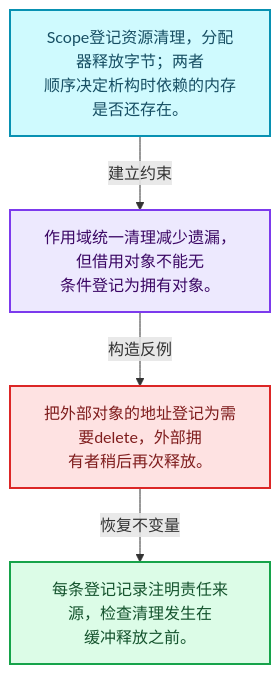
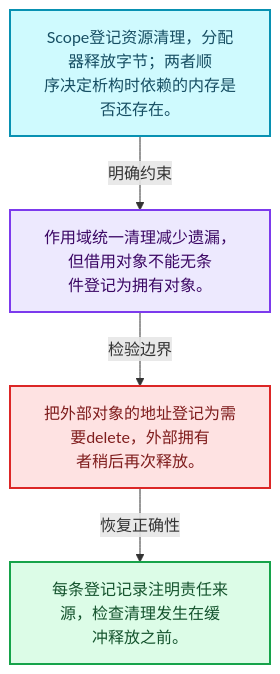
Before and after one commit to yunkezengren/blender-.vscode: the first of 4 diagrams in 杂/markdown/全面学习-codex/03-内存分配与运行时类型/05-ResourceScope销毁责任.md, drawn with Mermaid. The commit also changed other lines of this file and 1930 other files, not shown here.

````diff
--- a/杂/markdown/全面学习-codex/03-内存分配与运行时类型/05-ResourceScope销毁责任.md
+++ b/杂/markdown/全面学习-codex/03-内存分配与运行时类型/05-ResourceScope销毁责任.md
@@ -29,16 +29,16 @@
 ```mermaid
 flowchart TB
-  M["Scope登记资源清理，分配器释放字节；两者<br/>顺序决定析构时依赖的内存是否还存在。"]:::data
-  T["作用域统一清理减少遗漏，但借用对象不能无<br/>条件登记为拥有对象。"]:::abstraction
-  X["把外部对象的地址登记为需要delete，外部拥<br/>有者稍后再次释放。"]:::error
-  A["每条登记记录注明责任来源，检查清理发生在<br/>缓冲释放之前。"]:::result
-  M -->|"建立约束"| T
-  T -->|"构造反例"| X
-  X -->|"恢复不变量"| A
+  M["Scope登记资源清理，分配器释放字节；两者顺<br/>序决定析构时依赖的内存是否还存在。"]:::data
+  C["作用域统一清理减少遗漏，但借用对象不能无条<br/>件登记为拥有对象。"]:::abstraction
+  B["把外部对象的地址登记为需要delete，外部拥有<br/>者稍后再次释放。"]:::error
+  R["每条登记记录注明责任来源，检查清理发生在缓<br/>冲释放之前。"]:::result
+  M -->|"明确约束"| C
+  C -->|"检验边界"| B
+  B -->|"恢复正确性"| R
   classDef input fill:#DBEAFE,stroke:#2563EB,color:#172554,stroke-width:2px;
   classDef data fill:#CFFAFE,stroke:#0891B2,color:#164E63,stroke-width:2px;
   classDef abstraction fill:#EDE9FE,stroke:#7C3AED,color:#3B0764,stroke-width:2px;
   classDef compute fill:#FEF3C7,stroke:#D97706,color:#78350F,stroke-width:2px;
   classDef result fill:#DCFCE7,stroke:#16A34A,color:#14532D,stroke-width:2px;
   classDef error fill:#FEE2E2,stroke:#DC2626,color:#7F1D1D,stroke-width:2px;
 ```
````
